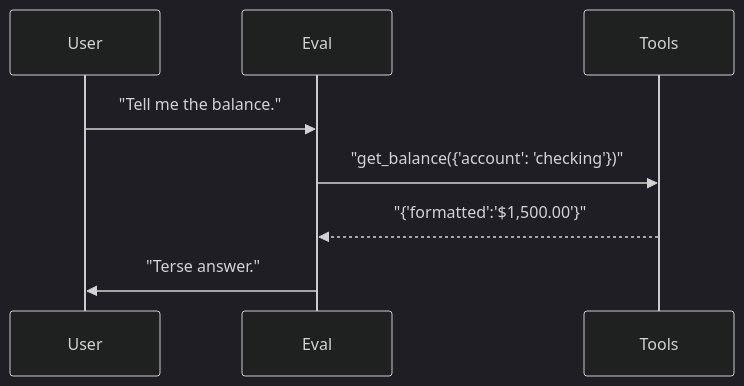
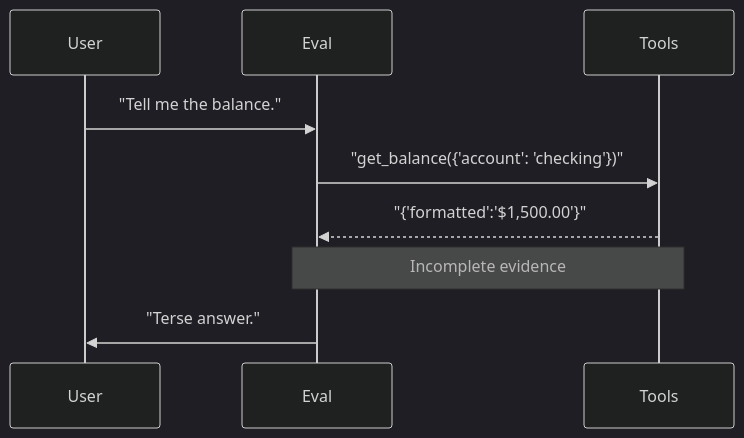
One commit to sbroenne/pytest-skill-engineering changed the second of 2 diagrams in docs/reports/09_ab_servers.md. Above: the diagram before and after it, drawn with Mermaid (dark theme). The commit also changed other lines of this file and 48 other files, not shown here.

````diff
--- a/docs/reports/09_ab_servers.md
+++ b/docs/reports/09_ab_servers.md
@@ -92,11 +117,12 @@
 ```mermaid
 sequenceDiagram
     participant User
     participant Eval
     participant Tools
 
     User->>Eval: "Tell me the balance."
     Eval->>Tools: "get_balance({'account': 'checking'})"
     Tools-->>Eval: "{'formatted':'$1,500.00'}"
+    Note over Tools,Eval: Incomplete evidence
     Eval->>User: "Terse answer."
 ```
````
